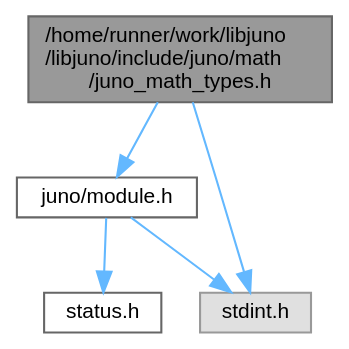
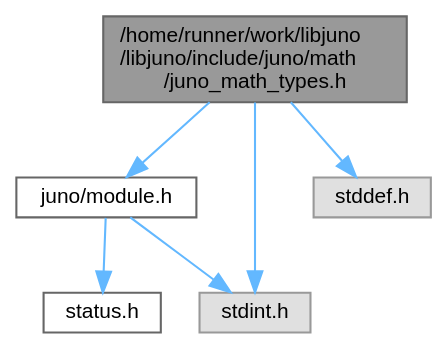
One commit to robinonsay/libjuno changed the diagram in juno__math__types_8h__incl.dot. Above: the diagram before and after it, drawn with Graphviz. The commit also changed 263 other files, not shown here.

```diff
--- a/juno__math__types_8h__incl.dot
+++ b/juno__math__types_8h__incl.dot
@@ -1,15 +1,17 @@
 digraph "/home/runner/work/libjuno/libjuno/include/juno/math/juno_math_types.h"
 {
  // LATEX_PDF_SIZE
   bgcolor="transparent";
   edge [fontname=Helvetica,fontsize=10,labelfontname=Helvetica,labelfontsize=10];
   node [fontname=Helvetica,fontsize=10,shape=box,height=0.2,width=0.4];
   Node1 [id="Node000001",label="/home/runner/work/libjuno\l/libjuno/include/juno/math\l/juno_math_types.h",height=0.2,width=0.4,color="gray40", fillcolor="grey60", style="filled", fontcolor="black",tooltip=" "];
   Node1 -> Node2 [id="edge1_Node000001_Node000002",color="steelblue1",style="solid",tooltip=" "];
   Node2 [id="Node000002",label="juno/module.h",height=0.2,width=0.4,color="grey40", fillcolor="white", style="filled",URL="$module_8h.html",tooltip=" "];
   Node2 -> Node3 [id="edge2_Node000002_Node000003",color="steelblue1",style="solid",tooltip=" "];
   Node3 [id="Node000003",label="status.h",height=0.2,width=0.4,color="grey40", fillcolor="white", style="filled",URL="$status_8h.html",tooltip=" "];
   Node2 -> Node4 [id="edge3_Node000002_Node000004",color="steelblue1",style="solid",tooltip=" "];
   Node4 [id="Node000004",label="stdint.h",height=0.2,width=0.4,color="grey60", fillcolor="#E0E0E0", style="filled",tooltip=" "];
-  Node1 -> Node4 [id="edge4_Node000001_Node000004",color="steelblue1",style="solid",tooltip=" "];
+  Node1 -> Node5 [id="edge4_Node000001_Node000005",color="steelblue1",style="solid",tooltip=" "];
+  Node5 [id="Node000005",label="stddef.h",height=0.2,width=0.4,color="grey60", fillcolor="#E0E0E0", style="filled",tooltip=" "];
+  Node1 -> Node4 [id="edge5_Node000001_Node000004",color="steelblue1",style="solid",tooltip=" "];
 }
```
